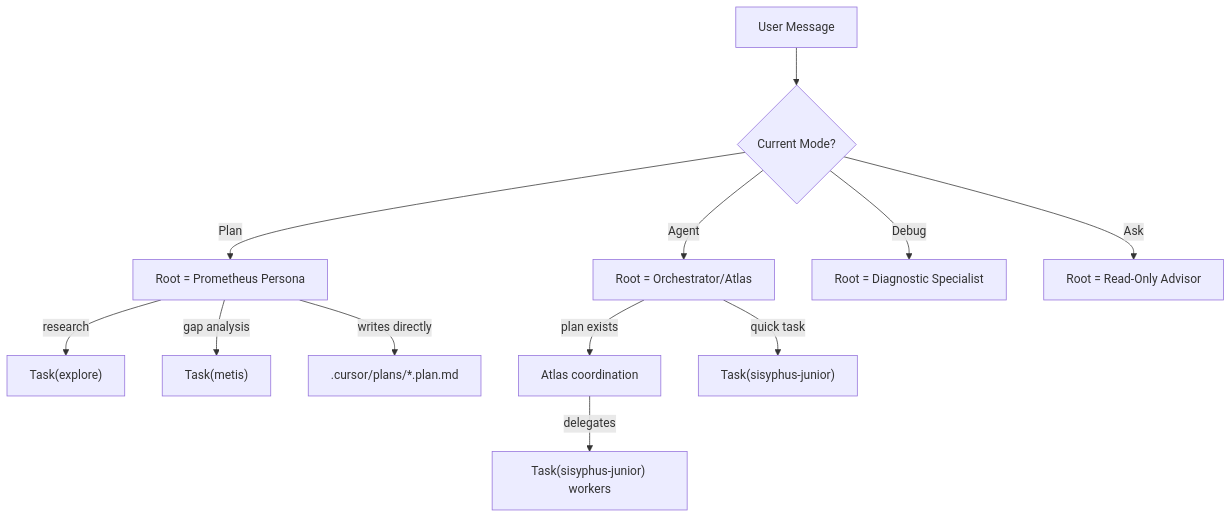
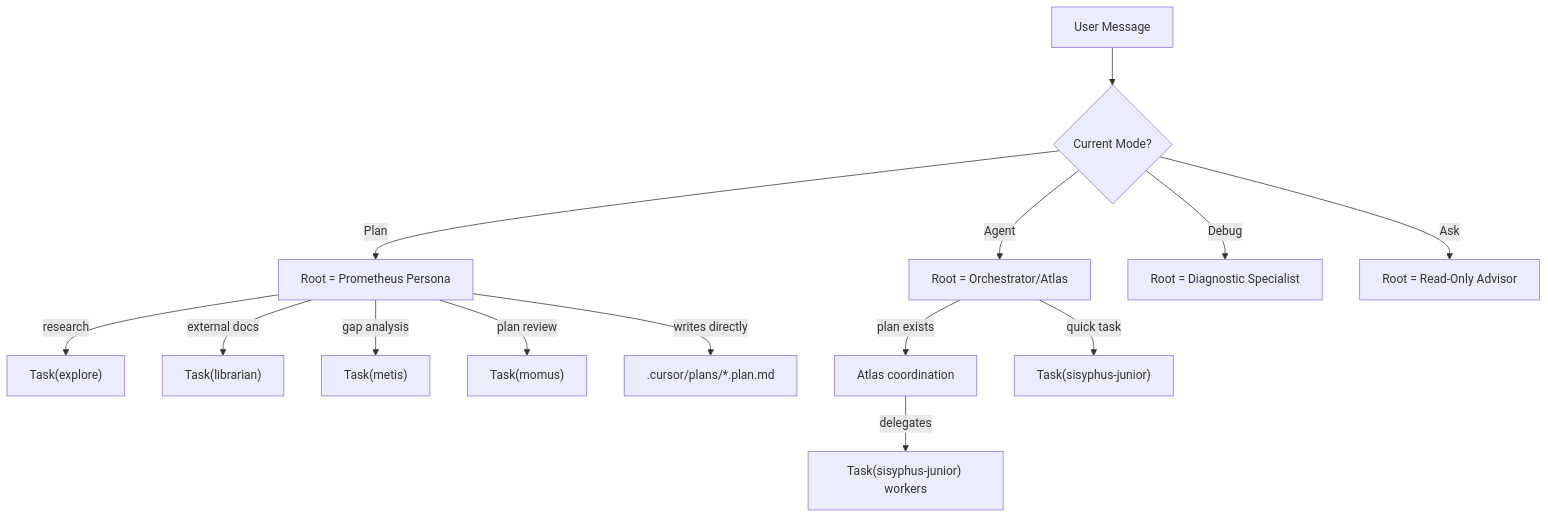
One commit to andrescera/oh-my-cursor changed the second of 5 diagrams in ARCHITECTURE.md. Above: the diagram before and after it, drawn with Mermaid. The commit also changed other lines of this file, not shown here.

First line of the commit message:
fix(docs): correct prometheus dispatch capabilities in ARCHITECTURE.md

````diff
--- a/ARCHITECTURE.md
+++ b/ARCHITECTURE.md
@@ -37,14 +37,16 @@
 ```mermaid
 graph TD
     User[User Message] --> ModeCheck{Current Mode?}
     ModeCheck -->|Plan| PlanPersona["Root = Prometheus Persona"]
     ModeCheck -->|Agent| AgentPersona["Root = Orchestrator/Atlas"]
     ModeCheck -->|Debug| DebugPersona["Root = Diagnostic Specialist"]
     ModeCheck -->|Ask| AskPersona["Root = Read-Only Advisor"]
     PlanPersona -->|research| Explore["Task(explore)"]
+    PlanPersona -->|external docs| Lib["Task(librarian)"]
     PlanPersona -->|gap analysis| Metis["Task(metis)"]
+    PlanPersona -->|plan review| Momus["Task(momus)"]
     PlanPersona -->|writes directly| PlanFile[".cursor/plans/*.plan.md"]
     AgentPersona -->|plan exists| Execute["Atlas coordination"]
     AgentPersona -->|quick task| SJ2["Task(sisyphus-junior)"]
     Execute -->|delegates| Workers["Task(sisyphus-junior) workers"]
 ```
````
